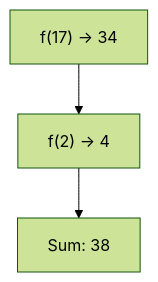
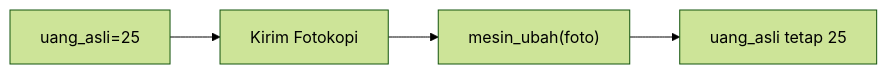
Before and after one commit to amnahwaida/OSNK_INF_PREP: diagram 12 of 25 in part-c-pemahaman-cpp/04-fungsi/latihan/set-03.md, drawn with Mermaid (forest theme). The commit also changed other lines of this file and 71 other files, not shown here.

````diff
--- a/part-c-pemahaman-cpp/04-fungsi/latihan/set-03.md
+++ b/part-c-pemahaman-cpp/04-fungsi/latihan/set-03.md
@@ -311,5 +329,6 @@
 ```mermaid
-graph TD
-A["f(17) -> 34"] --> B["f(2) -> 4"]
-B --> C["Sum: 38"]
+graph LR
+A["uang_asli=25"] --> B["Kirim Fotokopi"]
+B --> C["mesin_ubah(foto)"]
+C --> D["uang_asli tetap 25"]
 ```
````
